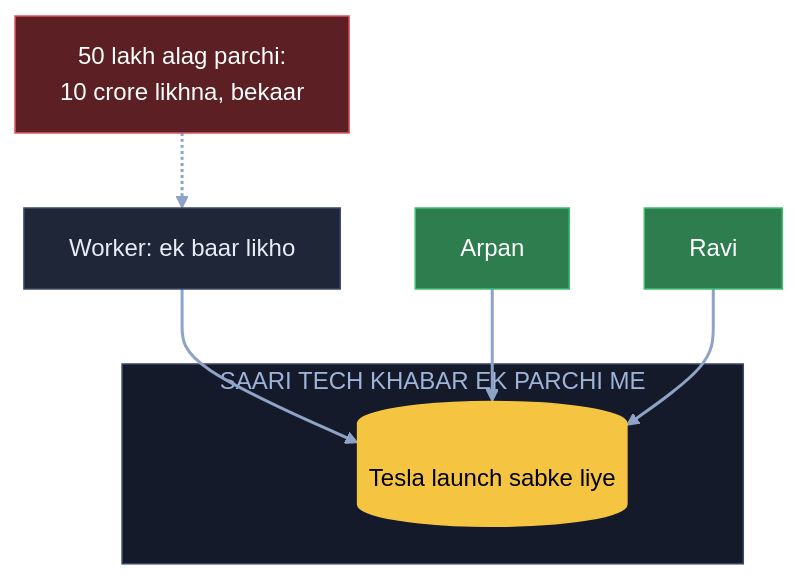
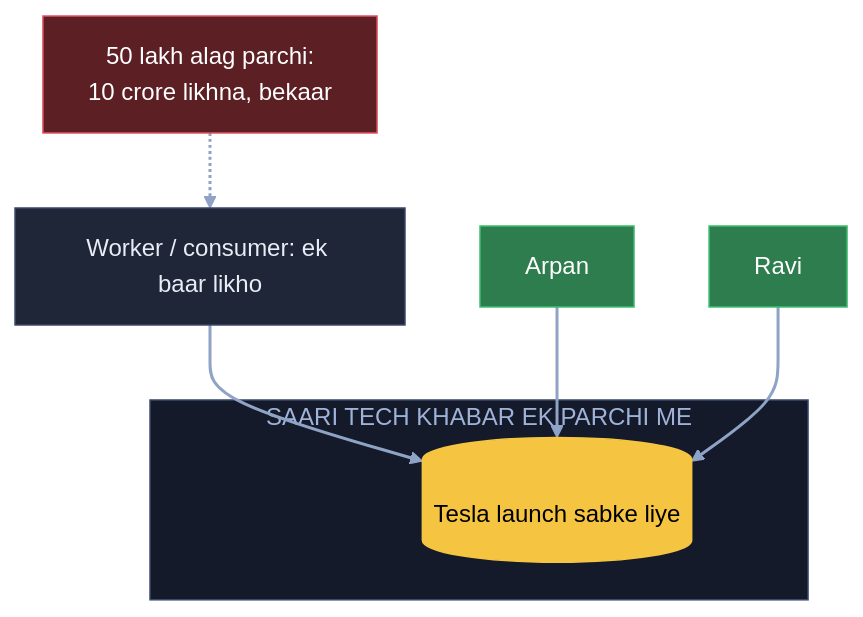
The eighth of 11 diagrams in 04_HLD/SYSTEM_DESIGNS/08_news_aggregator/08_news_aggregator.md (ArpanMaheshwari144/Prep), drawn with Mermaid before and after one commit. The commit also changed other lines of this file and 29 other files, not shown here.

Commit message:
HLD: worker -> worker / consumer har jagah (Arpan ke 'Arpan:' shabd chhod ke); Foundations 07 pehla hissa tube + stadium

````diff
--- a/04_HLD/SYSTEM_DESIGNS/08_news_aggregator/08_news_aggregator.md
+++ b/04_HLD/SYSTEM_DESIGNS/08_news_aggregator/08_news_aggregator.md
@@ -247,20 +247,20 @@
 ```mermaid
 flowchart TB
     X["50 lakh alag parchi:<br/>10 crore likhna, bekaar"]:::bad
-    W["Worker: ek baar likho"]:::card
+    W["Worker / consumer: ek baar likho"]:::card
     subgraph ET["SAARI TECH KHABAR EK PARCHI ME"]
         T[("Tesla launch sabke liye")]:::pill
     end
     A["Arpan"]:::good
     R["Ravi"]:::good
     X -.-> W
     W --> T
     A --> T
     R --> T
     linkStyle default stroke:#8fa3c7,stroke-width:2px
     classDef card fill:#1e2638,stroke:#3a4a6b,color:#e8ecf5
     classDef pill fill:#f5c542,stroke:#f5c542,color:#000
     classDef good fill:#2e7d4f,stroke:#3fbf6f,color:#fff
     classDef bad fill:#5c1f24,stroke:#e05561,color:#fff
     style ET fill:#141a29,stroke:#3a4a6b,color:#9fb3d9
 ```
````
